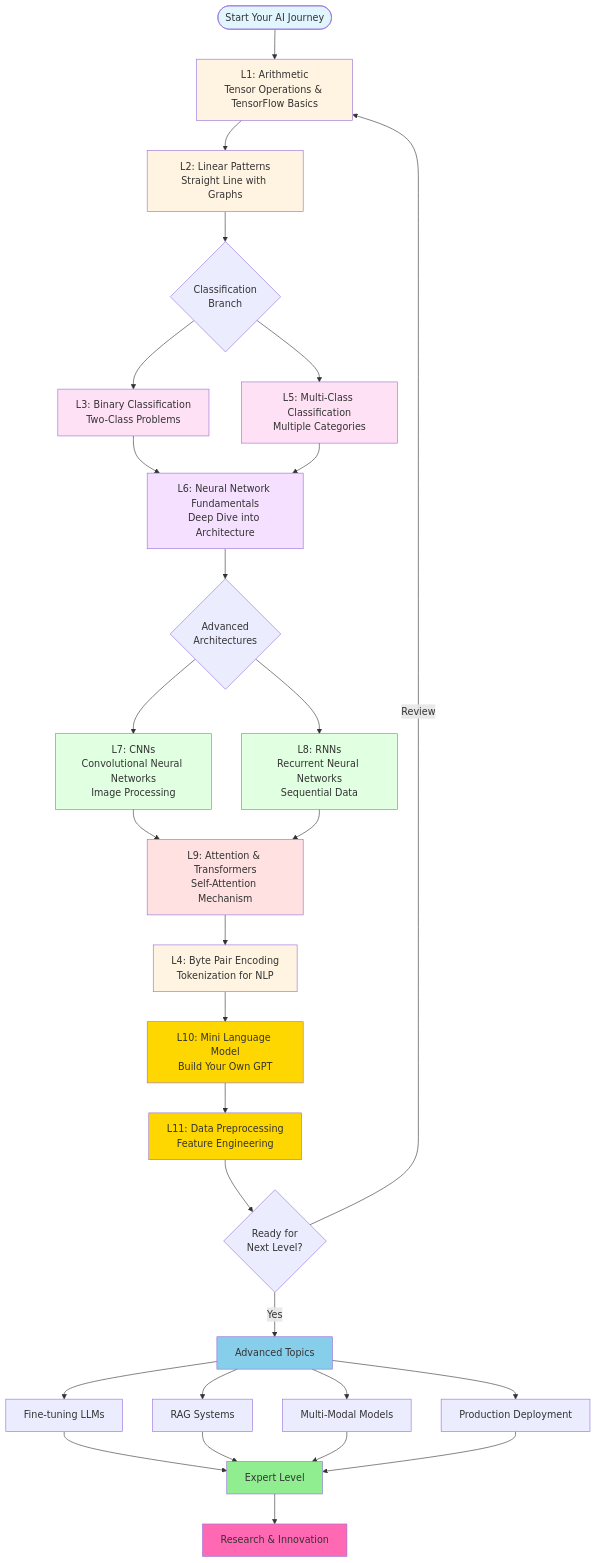
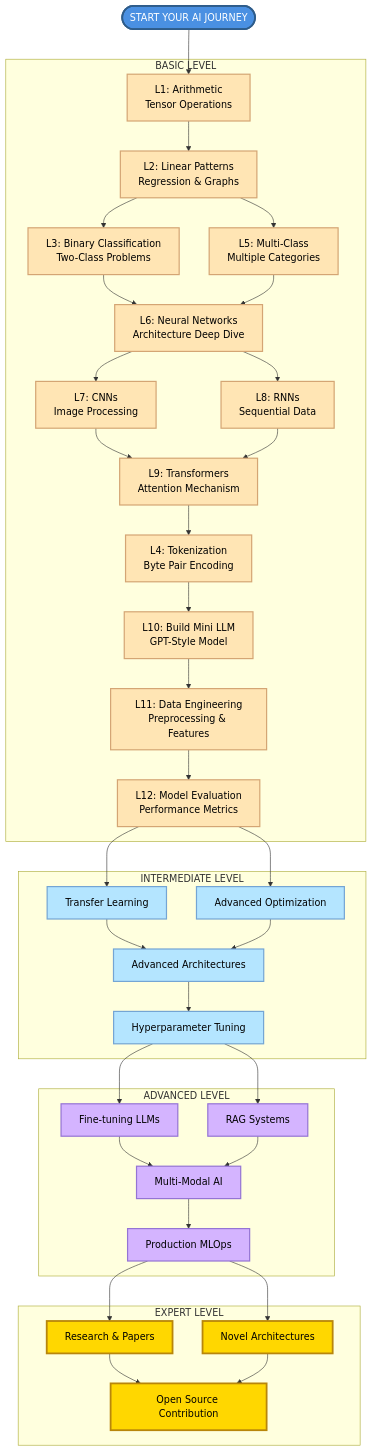
Before and after one commit to nexageapps/AI: the diagram in README.md, drawn with Mermaid. The commit also changed other lines of this file and 13 other files, not shown here.

````diff
--- a/README.md
+++ b/README.md
@@ -40,61 +40,77 @@
 ```mermaid
-graph TD
-    Start([Start Your AI Journey]) --> L1[L1: Arithmetic<br/>Tensor Operations & TensorFlow Basics]
+graph TB
+    Start([START YOUR AI JOURNEY]):::startNode
     
-    L1 --> L2[L2: Linear Patterns<br/>Straight Line with Graphs]
+    subgraph Basic["BASIC LEVEL"]
+        L1["L1: Arithmetic<br/>Tensor Operations"]:::basic
+        L2["L2: Linear Patterns<br/>Regression & Graphs"]:::basic
+        L3["L3: Binary Classification<br/>Two-Class Problems"]:::basic
+        L5["L5: Multi-Class<br/>Multiple Categories"]:::basic
+        L6["L6: Neural Networks<br/>Architecture Deep Dive"]:::basic
+        L7["L7: CNNs<br/>Image Processing"]:::basic
+        L8["L8: RNNs<br/>Sequential Data"]:::basic
+        L9["L9: Transformers<br/>Attention Mechanism"]:::basic
+        L4["L4: Tokenization<br/>Byte Pair Encoding"]:::basic
+        L10["L10: Build Mini LLM<br/>GPT-Style Model"]:::basic
+        L11["L11: Data Engineering<br/>Preprocessing & Features"]:::basic
+        L12["L12: Model Evaluation<br/>Performance Metrics"]:::basic
+    end
     
-    L2 --> Classification{Classification<br/>Branch}
+    subgraph Intermediate["INTERMEDIATE LEVEL"]
+        I1["Transfer Learning"]:::intermediate
+        I2["Advanced Optimization"]:::intermediate
+        I3["Advanced Architectures"]:::intermediate
+        I4["Hyperparameter Tuning"]:::intermediate
+    end
     
-    Classification --> L3[L3: Binary Classification<br/>Two-Class Problems]
-    Classification --> L5[L5: Multi-Class Classification<br/>Multiple Categories]
+    subgraph Advanced["ADVANCED LEVEL"]
+        A1["Fine-tuning LLMs"]:::advanced
+        A2["RAG Systems"]:::advanced
+        A3["Multi-Modal AI"]:::advanced
+        A4["Production MLOps"]:::advanced
+    end
     
-    L3 --> L6[L6: Neural Network Fundamentals<br/>Deep Dive into Architecture]
+    subgraph Expert["EXPERT LEVEL"]
+        E1["Research & Papers"]:::expert
+        E2["Novel Architectures"]:::expert
+        E3["Open Source Contribution"]:::expert
+    end
+    
+    Start --> L1
+    L1 --> L2
+    L2 --> L3
+    L2 --> L5
+    L3 --> L6
     L5 --> L6
+    L6 --> L7
+    L6 --> L8
+    L7 --> L9
+    L8 --> L9
+    L9 --> L4
+    L4 --> L10
+    L10 --> L11
+    L11 --> L12
     
-    L6 --> Advanced{Advanced<br/>Architectures}
+    L12 --> I1
+    L12 --> I2
+    I1 --> I3
+    I2 --> I3
+    I3 --> I4
     
-    Advanced --> L7[L7: CNNs<br/>Convolutional Neural Networks<br/>Image Processing]
-    Advanced --> L8[L8: RNNs<br/>Recurrent Neural Networks<br/>Sequential Data]
+    I4 --> A1
+    I4 --> A2
+    A1 --> A3
+    A2 --> A3
+    A3 --> A4
     
-    L7 --> L9[L9: Attention & Transformers<br/>Self-Attention Mechanism]
-    L8 --> L9
+    A4 --> E1
+    A4 --> E2
+    E1 --> E3
+    E2 --> E3
     
-    L9 --> L4[L4: Byte Pair Encoding<br/>Tokenization for NLP]
-    
-    L4 --> L10[L10: Mini Language Model<br/>Build Your Own GPT]
-    
-    L10 --> L11[L11: Data Preprocessing<br/>Feature Engineering]
-    
-    L11 --> NextLevel{Ready for<br/>Next Level?}
-    
-    NextLevel -->|Yes| Advanced_Path[Advanced Topics]
-    NextLevel -->|Review| L1
-    
-    Advanced_Path --> AP1[Fine-tuning LLMs]
-    Advanced_Path --> AP2[RAG Systems]
-    Advanced_Path --> AP3[Multi-Modal Models]
-    Advanced_Path --> AP4[Production Deployment]
-    
-    AP1 --> Expert[Expert Level]
-    AP2 --> Expert
-    AP3 --> Expert
-    AP4 --> Expert
-    
-    Expert --> Research[Research & Innovation]
-    
-    style Start fill:#e1f5ff
-    style L1 fill:#fff4e1
-    style L2 fill:#fff4e1
-    style L3 fill:#ffe1f5
-    style L5 fill:#ffe1f5
-    style L6 fill:#f5e1ff
-    style L7 fill:#e1ffe1
-    style L8 fill:#e1ffe1
-    style L9 fill:#ffe1e1
-    style L4 fill:#fff4e1
-    style L10 fill:#ffd700
-    style L11 fill:#ffd700
-    style Advanced_Path fill:#87ceeb
-    style Expert fill:#90ee90
-    style Research fill:#ff69b4
+    classDef startNode fill:#4A90E2,stroke:#2E5C8A,stroke-width:3px,color:#fff
+    classDef basic fill:#FFE5B4,stroke:#D4A574,stroke-width:2px,color:#000
+    classDef intermediate fill:#B4E5FF,stroke:#74A5D4,stroke-width:2px,color:#000
+    classDef advanced fill:#D4B4FF,stroke:#9474D4,stroke-width:2px,color:#000
+    classDef expert fill:#FFD700,stroke:#B8860B,stroke-width:3px,color:#000
 ```
````
